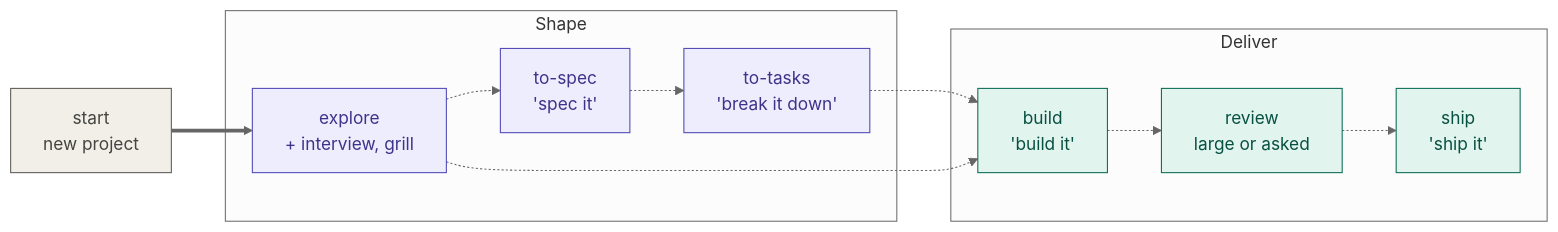
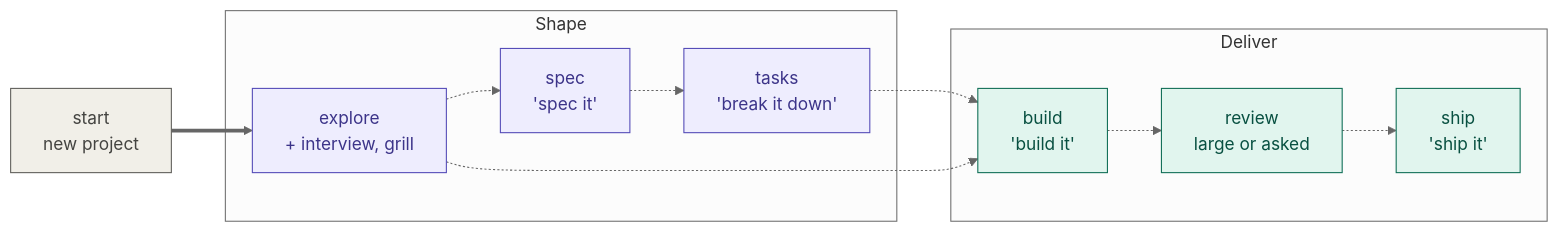
Before and after one commit to gaboesquivel/flow-skills: the diagram in README.md, drawn with Mermaid (neutral theme). The commit also changed other lines of this file and 39 other files, not shown here.

Commit message:
refactor(skills): rename to-spec to spec and to-tasks to tasks

````diff
--- a/README.md
+++ b/README.md
@@ -55,23 +55,23 @@
 ```mermaid
 flowchart LR
   start["start<br/>new project"] ==> explore
   subgraph shapeGroup [Shape]
     explore["explore<br/>+ interview, grill"]
-    spec["to-spec<br/>'spec it'"]
-    tasks["to-tasks<br/>'break it down'"]
+    spec["spec<br/>'spec it'"]
+    tasks["tasks<br/>'break it down'"]
   end
   subgraph deliverGroup [Deliver]
     build["build<br/>'build it'"]
     review["review<br/>large or asked"]
     ship["ship<br/>'ship it'"]
   end
   explore -.-> spec -.-> tasks -.-> build
   explore -.-> build
   build -.-> review -.-> ship
   classDef shapeNode fill:#EEEDFE,stroke:#534AB7,color:#3C3489
   classDef deliverNode fill:#E1F5EE,stroke:#0F6E56,color:#085041
   classDef startNode fill:#F1EFE8,stroke:#5F5E5A,color:#444441
   class explore,spec,tasks shapeNode
   class build,review,ship deliverNode
   class start startNode
 ```
````
